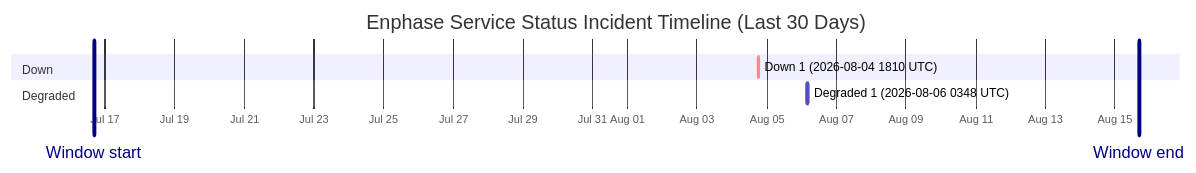
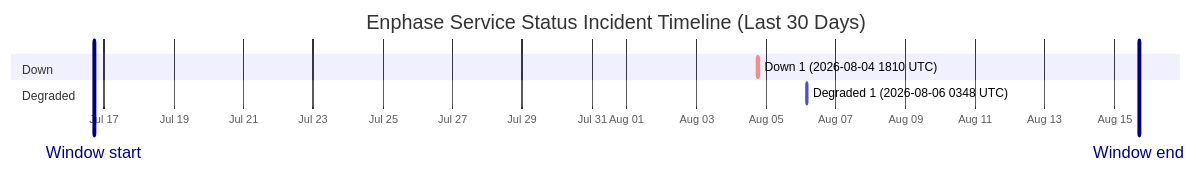
One commit to barneyonline/ha-enphase-energy changed the diagram in wiki/Service-Status-History.md. Above: the diagram before and after it, drawn with Mermaid. The commit also changed other lines of this file and 3 other files, not shown here.

````diff
--- a/wiki/Service-Status-History.md
+++ b/wiki/Service-Status-History.md
@@ -14,12 +14,12 @@
 ```mermaid
 gantt
     title Enphase Service Status Incident Timeline (Last 30 Days)
     dateFormat  YYYY-MM-DDTHH:mm:ss
     axisFormat  %b %d
-    Window start :vert, window-start, 2026-07-16T16:21:18, 0ms
-    Window end :vert, window-end, 2026-08-15T16:21:18, 0ms
+    Window start :vert, window-start, 2026-07-16T16:54:27, 0ms
+    Window end :vert, window-end, 2026-08-15T16:54:27, 0ms
     section Down
     Down 1 (2026-08-04 1810 UTC) :crit, down-1, 2026-08-04T18:10:46, 60m
     section Degraded
     Degraded 1 (2026-08-06 0348 UTC) :active, degraded-1, 2026-08-06T03:48:14, 60m
 ```
````
